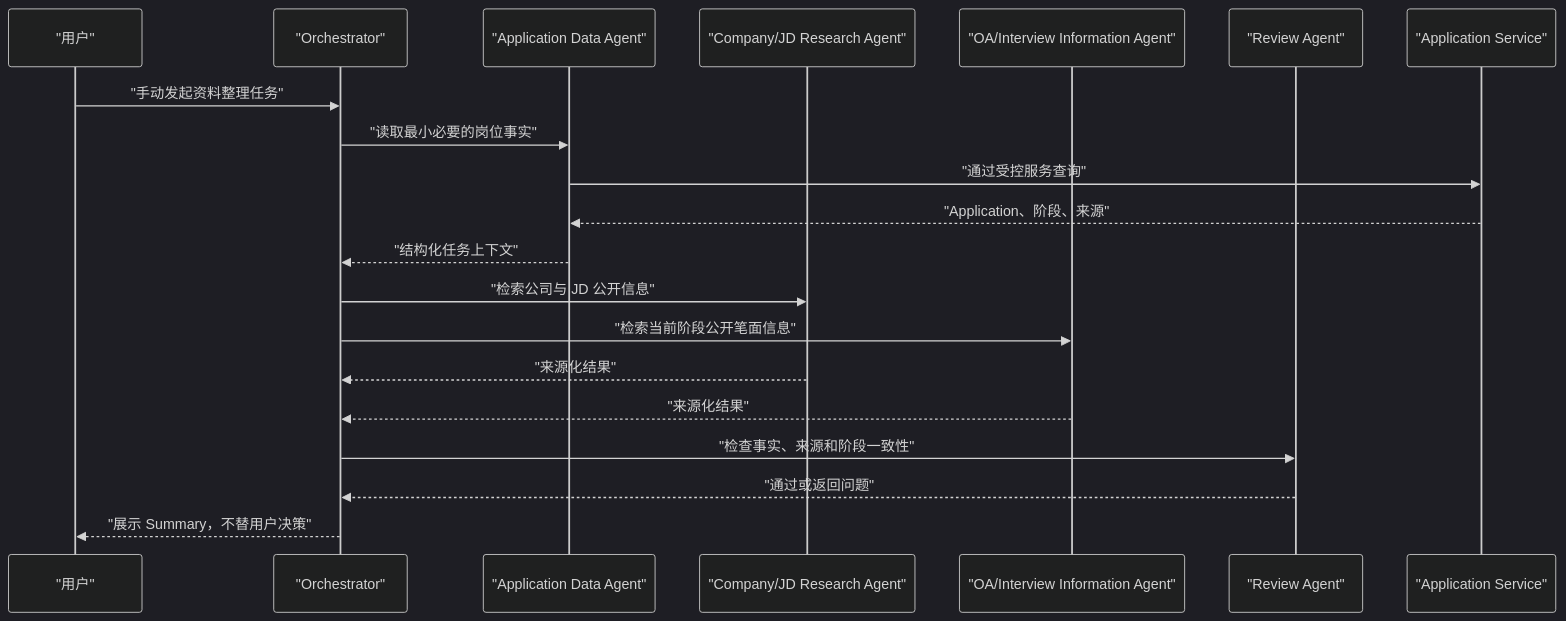
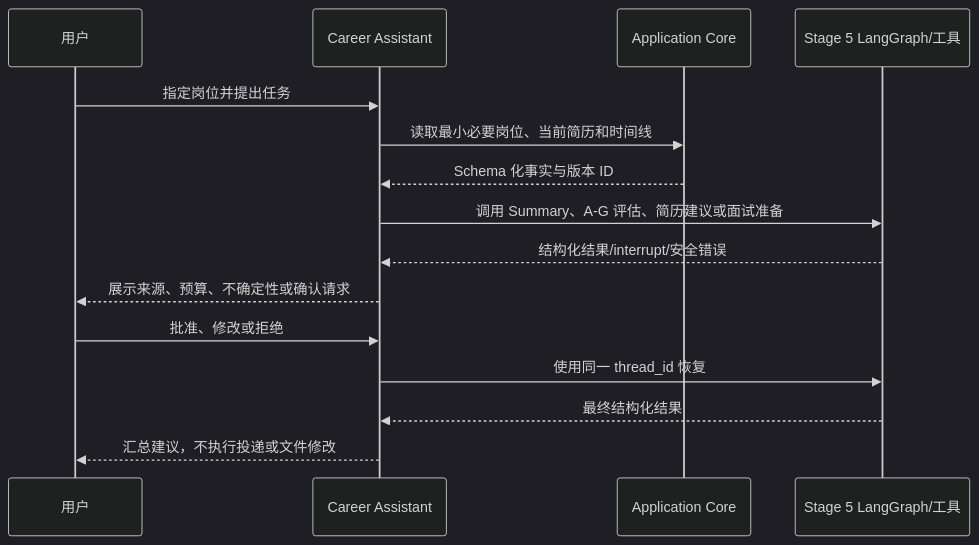
One commit to YUNJIDU/Careerpilot changed the diagram in plan/map/flow-04-multi-agent-sequence.md. Above: the diagram before and after it, drawn with Mermaid (dark theme). The commit also changed other lines of this file and 13 other files, not shown here.

Commit message:
Plan career intelligence and assistant stages

````diff
--- a/plan/map/flow-04-multi-agent-sequence.md
+++ b/plan/map/flow-04-multi-agent-sequence.md
@@ -5,23 +5,18 @@
 ```mermaid
 sequenceDiagram
-    participant U as "用户"
-    participant O as "Orchestrator"
-    participant D as "Application Data Agent"
-    participant R as "Company/JD Research Agent"
-    participant P as "OA/Interview Information Agent"
-    participant V as "Review Agent"
-    participant A as "Application Service"
+    participant U as 用户
+    participant A as Career Assistant
+    participant C as Application Core
+    participant G as Stage 5 LangGraph/工具
 
-    U->>O: "手动发起资料整理任务"
-    O->>D: "读取最小必要的岗位事实"
-    D->>A: "通过受控服务查询"
-    A-->>D: "Application、阶段、来源"
-    D-->>O: "结构化任务上下文"
-    O->>R: "检索公司与 JD 公开信息"
-    O->>P: "检索当前阶段公开笔面信息"
-    R-->>O: "来源化结果"
-    P-->>O: "来源化结果"
-    O->>V: "检查事实、来源和阶段一致性"
-    V-->>O: "通过或返回问题"
-    O-->>U: "展示 Summary，不替用户决策"
+    U->>A: 指定岗位并提出任务
+    A->>C: 读取最小必要岗位、当前简历和时间线
+    C-->>A: Schema 化事实与版本 ID
+    A->>G: 调用 Summary、A-G 评估、简历建议或面试准备
+    G-->>A: 结构化结果/interrupt/安全错误
+    A-->>U: 展示来源、预算、不确定性或确认请求
+    U->>A: 批准、修改或拒绝
+    A->>G: 使用同一 thread_id 恢复
+    G-->>A: 最终结构化结果
+    A-->>U: 汇总建议，不执行投递或文件修改
 ```
````
